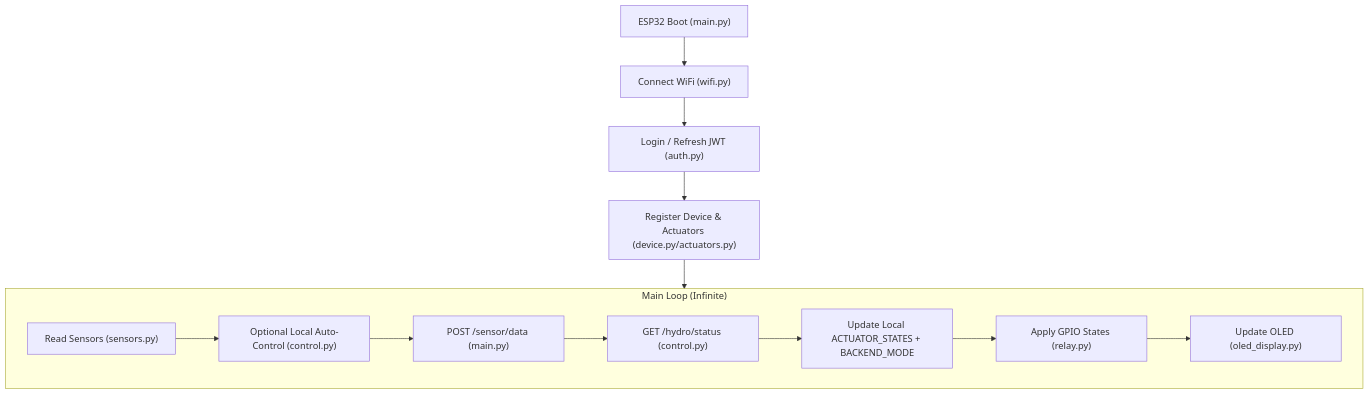
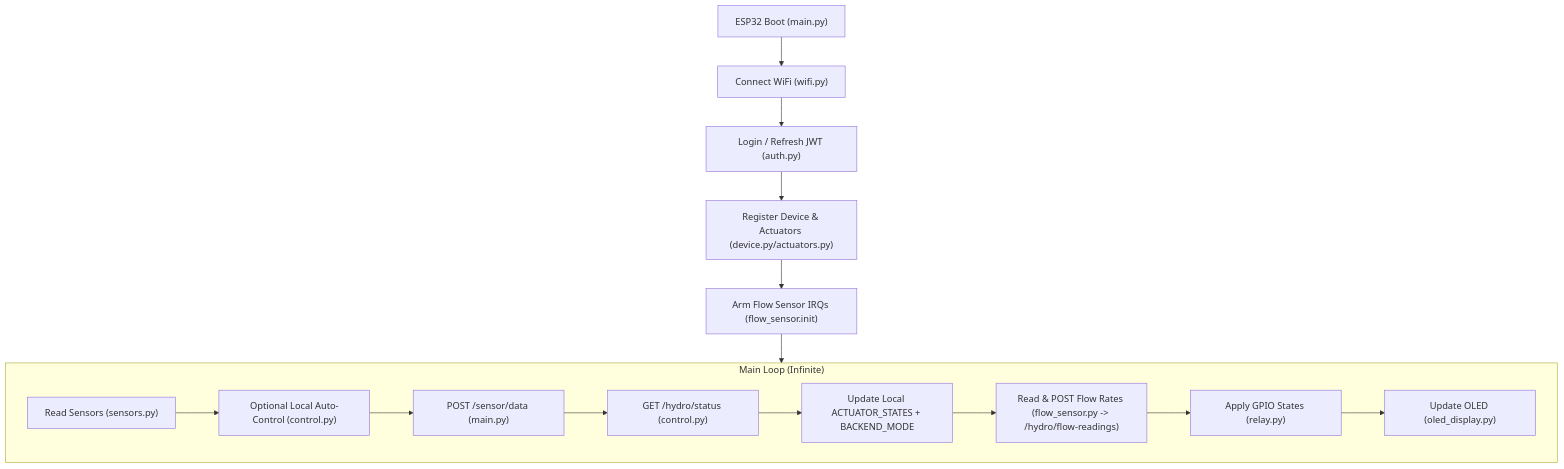
The diagram in README.md (nghingothanhnghi/HydroNode), drawn with Mermaid before and after one commit. The commit also changed other lines of this file, not shown here.

````diff
--- a/README.md
+++ b/README.md
@@ -24,17 +25,19 @@
 ```mermaid
 flowchart TD
     Boot["ESP32 Boot (main.py)"] --> WiFi["Connect WiFi (wifi.py)"]
     WiFi --> Auth["Login / Refresh JWT (auth.py)"]
     Auth --> Reg["Register Device & Actuators (device.py/actuators.py)"]
+    Reg --> FlowInit["Arm Flow Sensor IRQs (flow_sensor.init)"]
 
     subgraph Loop ["Main Loop (Infinite)"]
         Read["Read Sensors (sensors.py)"] --> Auto["Optional Local Auto-Control (control.py)"]
         Auto --> Send["POST /sensor/data (main.py)"]
         Send --> Fetch["GET /hydro/status (control.py)"]
         Fetch --> UpdateState["Update Local ACTUATOR_STATES + BACKEND_MODE"]
-        UpdateState --> Apply["Apply GPIO States (relay.py)"]
+        UpdateState --> FlowRead["Read & POST Flow Rates (flow_sensor.py -> /hydro/flow-readings)"]
+        FlowRead --> Apply["Apply GPIO States (relay.py)"]
         Apply --> Display["Update OLED (oled_display.py)"]
     end
 
-    Reg --> Loop
+    FlowInit --> Loop
 ```
````
